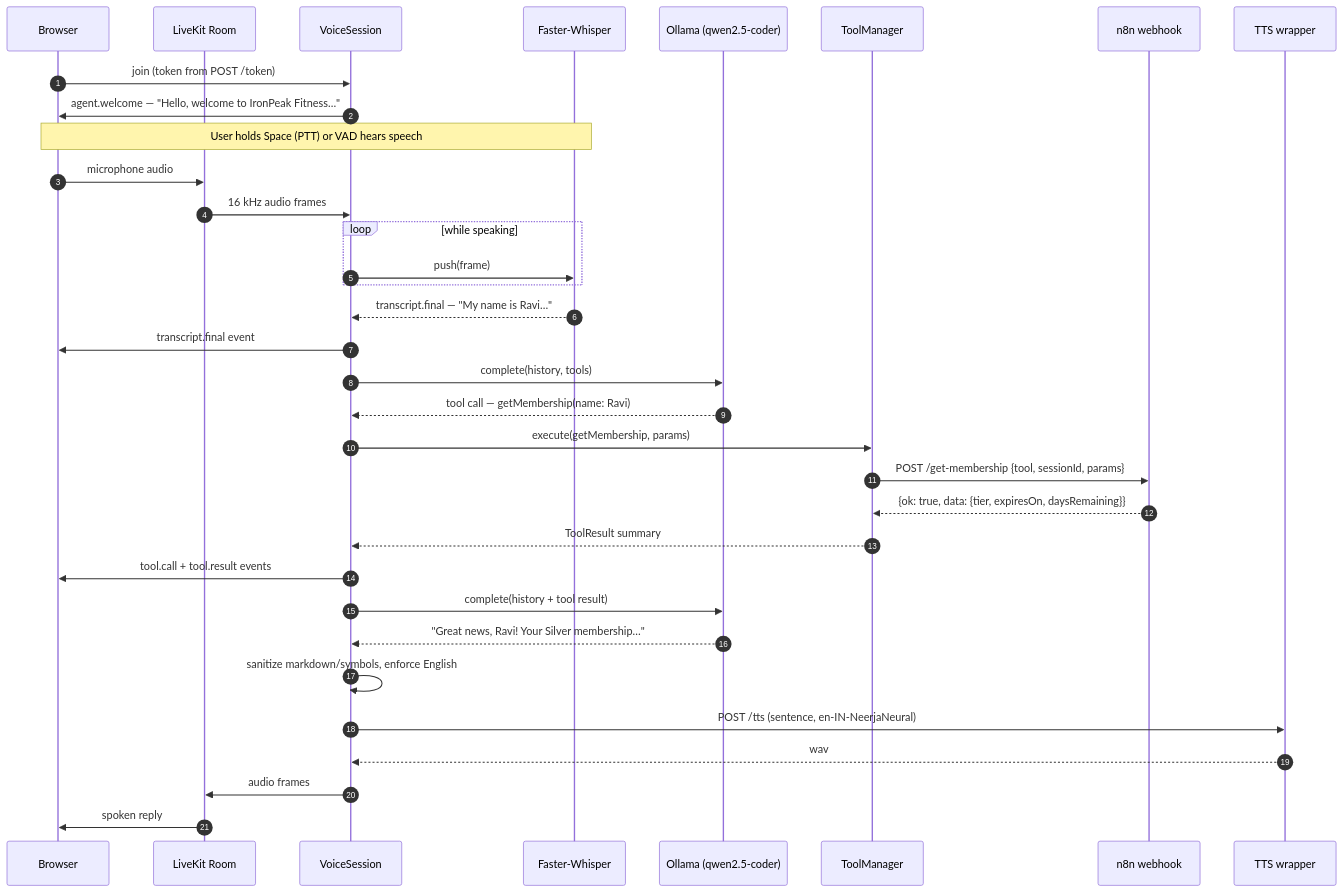
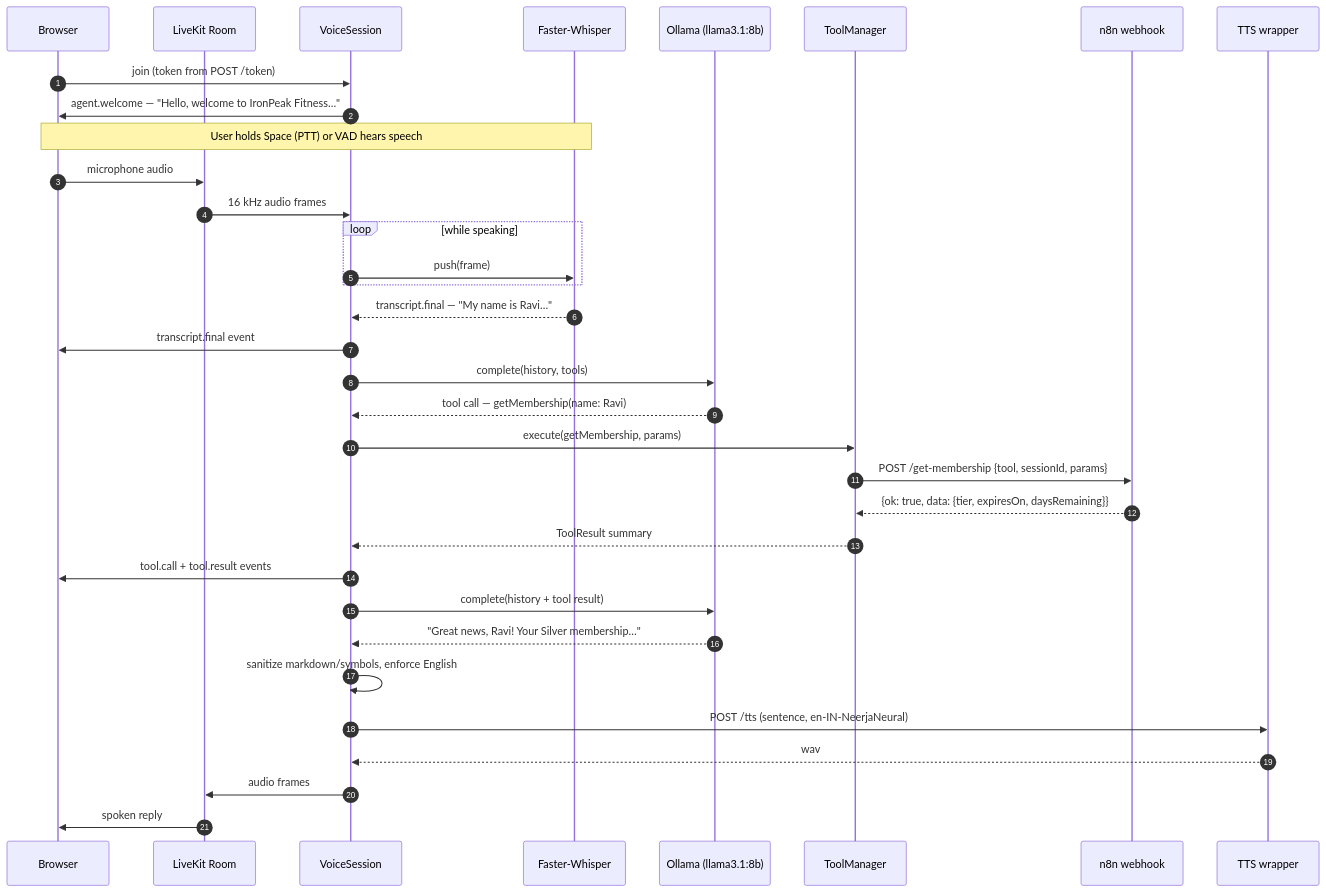
One commit to Newer1107/voice-calling-agent changed the second of 2 diagrams in README.md. Above: the diagram before and after it, drawn with Mermaid. The commit also changed other lines of this file, not shown here.

Commit message:
docs: LLM switched to llama3.1:8b (smarter tool calling, fixes hallucinated tool success)

````diff
--- a/README.md
+++ b/README.md
@@ -155,37 +155,37 @@
 ```mermaid
 sequenceDiagram
     autonumber
     participant B as Browser
     participant R as LiveKit Room
     participant S as VoiceSession
     participant W as Faster-Whisper
-    participant O as Ollama (qwen2.5-coder)
+    participant O as Ollama (llama3.1:8b)
     participant T as ToolManager
     participant N as n8n webhook
     participant V as TTS wrapper
 
     B->>S: join (token from POST /token)
     S->>B: agent.welcome — "Hello, welcome to IronPeak Fitness…"
     Note over B,W: User holds Space (PTT) or VAD hears speech
     B->>R: microphone audio
     R->>S: 16 kHz audio frames
     loop while speaking
         S->>W: push(frame)
     end
     W-->>S: transcript.final — "My name is Ravi…"
     S->>B: transcript.final event
     S->>O: complete(history, tools)
     O-->>S: tool call — getMembership(name: Ravi)
     S->>T: execute(getMembership, params)
     T->>N: POST /get-membership {tool, sessionId, params}
     N-->>T: {ok: true, data: {tier, expiresOn, daysRemaining}}
     T-->>S: ToolResult summary
     S->>B: tool.call + tool.result events
     S->>O: complete(history + tool result)
     O-->>S: "Great news, Ravi! Your Silver membership…"
     S->>S: sanitize markdown/symbols, enforce English
     S->>V: POST /tts (sentence, en-IN-NeerjaNeural)
     V-->>S: wav
     S->>R: audio frames
     R->>B: spoken reply
 ```
````
